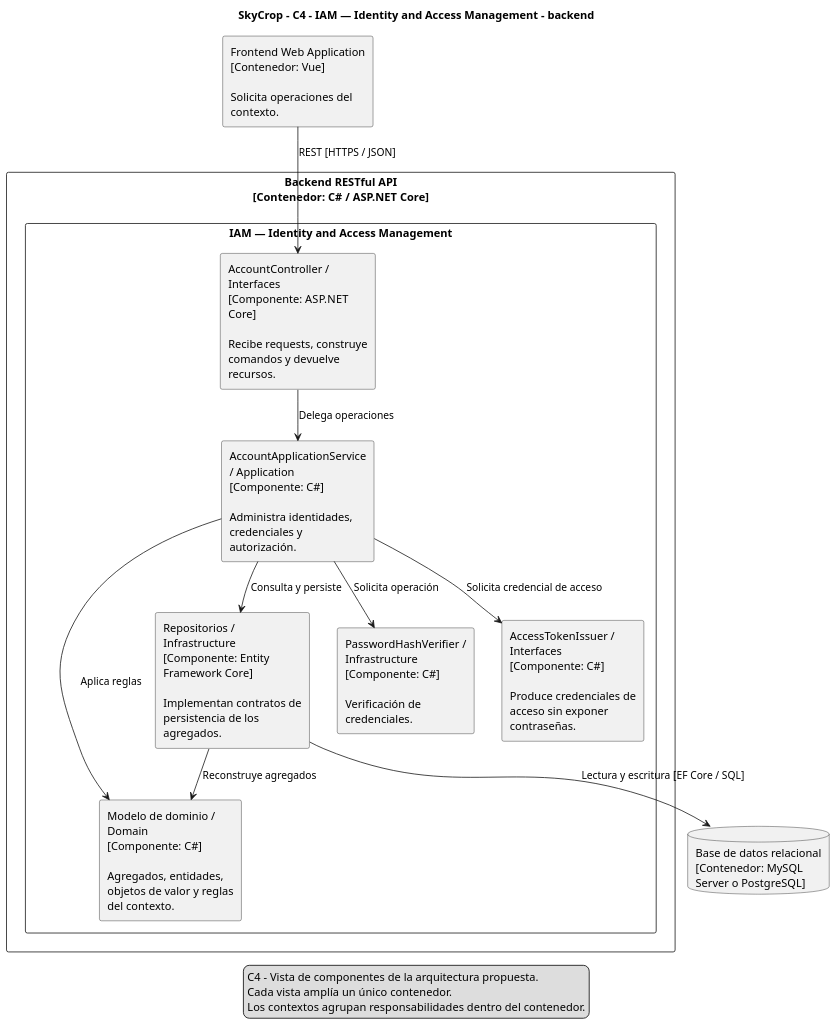
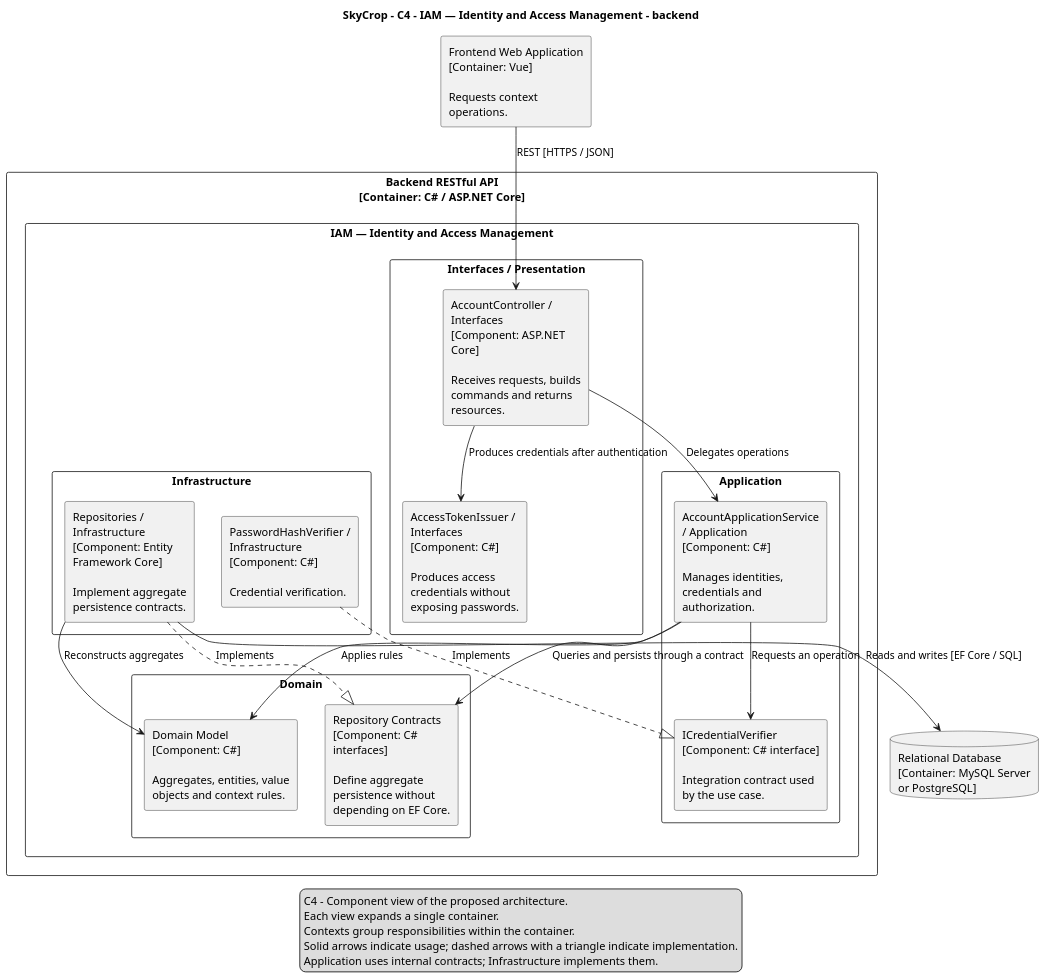
Before and after one commit to upc-GreenTech/skycrop-report: the diagram in resources/imgs/Software Architecture Diagram/contexts/iam-backend-components.puml, drawn with PlantUML. The commit also changed 36 other files, not shown here.

Commit message:
feature: organize component diagrams by layer and translate all labels into english.

```diff
--- a/resources/imgs/Software Architecture Diagram/contexts/iam-backend-components.puml
+++ b/resources/imgs/Software Architecture Diagram/contexts/iam-backend-components.puml
@@ -1,37 +1,51 @@
 @startuml
 skinparam monochrome true
 skinparam shadowing false
 skinparam dpi 120
 skinparam defaultFontName SansSerif
 skinparam componentStyle rectangle
 skinparam wrapWidth 180
 skinparam nodesep 35
 skinparam ranksep 45
 top to bottom direction
 title SkyCrop - C4 - IAM — Identity and Access Management - backend
-component "Frontend Web Application\n[Contenedor: Vue]\n\nSolicita operaciones del contexto." as web
-rectangle "Backend RESTful API\n[Contenedor: C# / ASP.NET Core]" {
+component "Frontend Web Application\n[Container: Vue]\n\nRequests context operations." as web
+rectangle "Backend RESTful API\n[Container: C# / ASP.NET Core]" {
 rectangle "IAM — Identity and Access Management" {
-component "AccountController / Interfaces\n[Componente: ASP.NET Core]\n\nRecibe requests, construye comandos y devuelve recursos." as controller
-component "AccountApplicationService / Application\n[Componente: C#]\n\nAdministra identidades, credenciales y autorización." as service
-component "Modelo de dominio / Domain\n[Componente: C#]\n\nAgregados, entidades, objetos de valor y reglas del contexto." as domain
-component "Repositorios / Infrastructure\n[Componente: Entity Framework Core]\n\nImplementan contratos de persistencia de los agregados." as repository
-component "PasswordHashVerifier / Infrastructure\n[Componente: C#]\n\nVerificación de credenciales." as adapter
-component "AccessTokenIssuer / Interfaces\n[Componente: C#]\n\nProduce credenciales de acceso sin exponer contraseñas." as tokens
+rectangle "Interfaces / Presentation" {
+component "AccountController / Interfaces\n[Component: ASP.NET Core]\n\nReceives requests, builds commands and returns resources." as controller
+component "AccessTokenIssuer / Interfaces\n[Component: C#]\n\nProduces access credentials without exposing passwords." as tokens
+}
+rectangle "Application" {
+component "AccountApplicationService / Application\n[Component: C#]\n\nManages identities, credentials and authorization." as service
+component "ICredentialVerifier\n[Component: C# interface]\n\nIntegration contract used by the use case." as integrationContract
+}
+rectangle "Domain" {
+component "Domain Model\n[Component: C#]\n\nAggregates, entities, value objects and context rules." as domain
+component "Repository Contracts\n[Component: C# interfaces]\n\nDefine aggregate persistence without depending on EF Core." as repositoryContract
+}
+rectangle "Infrastructure" {
+component "Repositories / Infrastructure\n[Component: Entity Framework Core]\n\nImplement aggregate persistence contracts." as repository
+component "PasswordHashVerifier / Infrastructure\n[Component: C#]\n\nCredential verification." as adapter
 }
 }
-database "Base de datos relacional\n[Contenedor: MySQL Server o PostgreSQL]" as db
+}
+database "Relational Database\n[Container: MySQL Server or PostgreSQL]" as db
 web --> controller : REST [HTTPS / JSON]
-controller --> service : Delega operaciones
-service --> domain : Aplica reglas
-service --> repository : Consulta y persiste
-repository --> domain : Reconstruye agregados
-repository --> db : Lectura y escritura [EF Core / SQL]
-service --> adapter : Solicita operación
-service --> tokens : Solicita credencial de acceso
+controller --> service : Delegates operations
+service --> domain : Applies rules
+service --> repositoryContract : Queries and persists through a contract
+repository ..|> repositoryContract : Implements
+repository --> domain : Reconstructs aggregates
+repository --> db : Reads and writes [EF Core / SQL]
+service --> integrationContract : Requests an operation
+adapter ..|> integrationContract : Implements
+controller --> tokens : Produces credentials after authentication
 legend bottom
-C4 - Vista de componentes de la arquitectura propuesta.
-Cada vista amplía un único contenedor.
-Los contextos agrupan responsabilidades dentro del contenedor.
+C4 - Component view of the proposed architecture.
+Each view expands a single container.
+Contexts group responsibilities within the container.
+Solid arrows indicate usage; dashed arrows with a triangle indicate implementation.
+Application uses internal contracts; Infrastructure implements them.
 endlegend
 @enduml
```
